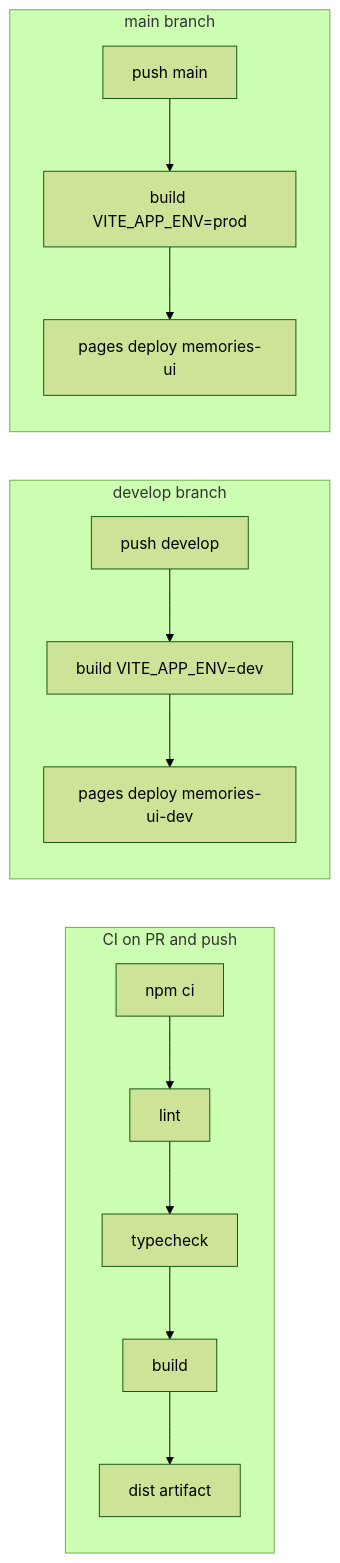
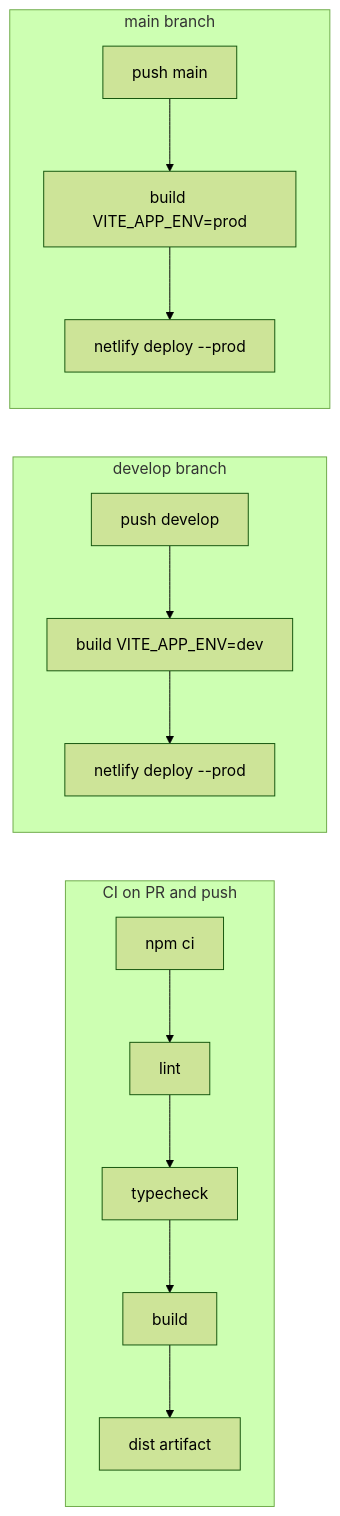
The diagram in docs/DEPLOYMENT.md (jaykhare1313/memories-ui), drawn with Mermaid (forest theme) before and after one commit. The commit also changed other lines of this file and 4 other files, not shown here.

First line of the commit message:
ci: switch deploy from Cloudflare Pages to Netlify

````diff
--- a/docs/DEPLOYMENT.md
+++ b/docs/DEPLOYMENT.md
@@ -62,17 +56,17 @@
 ```mermaid
 flowchart LR
   subgraph ci [CI on PR and push]
     A[npm ci] --> B[lint]
     B --> C[typecheck]
     C --> D[build]
     D --> E[dist artifact]
   end
   subgraph dev [develop branch]
     F[push develop] --> G[build VITE_APP_ENV=dev]
-    G --> H[pages deploy memories-ui-dev]
+    G --> H[netlify deploy --prod]
   end
   subgraph prod [main branch]
     I[push main] --> J[build VITE_APP_ENV=prod]
-    J --> K[pages deploy memories-ui]
+    J --> K[netlify deploy --prod]
   end
 ```
````
